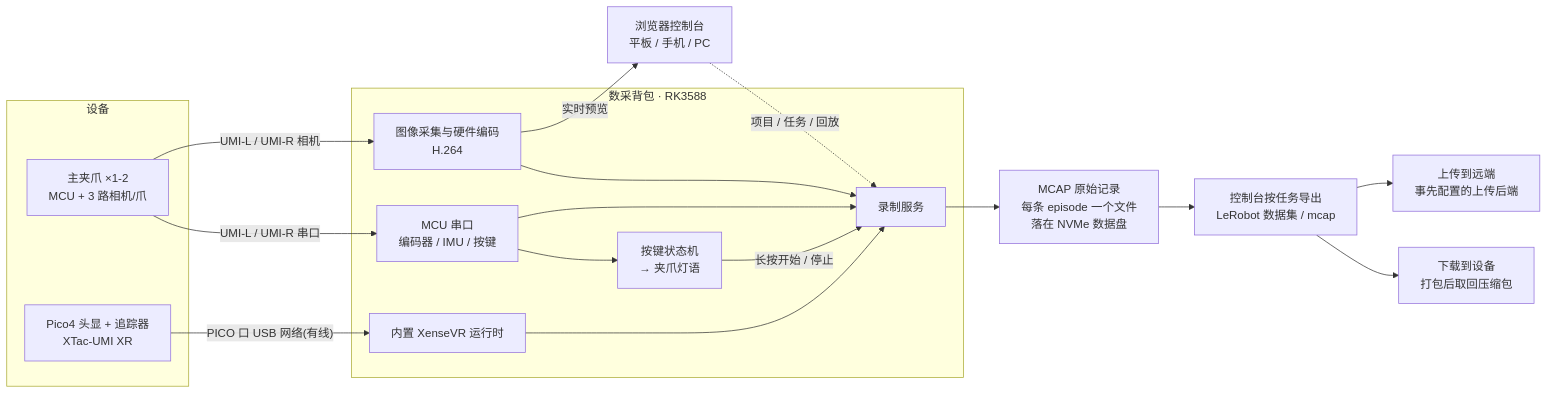
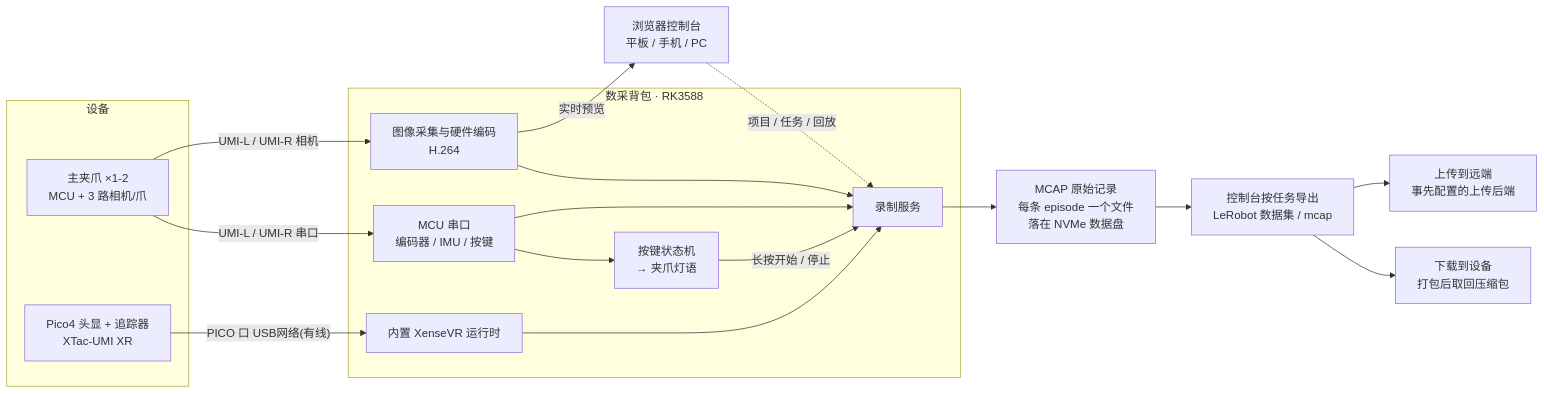
Before and after one commit to XenseRobotics-AI/XTac-UMI-G1-Docs: the first of 2 diagrams in docs/product/g1.md, drawn with Mermaid. The commit also changed other lines of this file and 11 other files, not shown here.

````diff
--- a/docs/product/g1.md
+++ b/docs/product/g1.md
@@ -33,28 +33,28 @@
 ```mermaid
 flowchart LR
     subgraph DEV["设备"]
         G["主夹爪 ×1-2<br/>MCU + 3 路相机/爪"]
         P["Pico4 头显 + 追踪器<br/>XTac-UMI XR"]
     end
     subgraph BP["数采背包 · RK3588"]
         MCU["MCU 串口<br/>编码器 / IMU / 按键"]
         KEY["按键状态机<br/>→ 夹爪灯语"]
         ENC["图像采集与硬件编码<br/>H.264"]
         VR["内置 XenseVR 运行时"]
         REC["录制服务"]
     end
     G -->|"UMI-L / UMI-R 串口"| MCU
     G -->|"UMI-L / UMI-R 相机"| ENC
-    P -->|"PICO 口 USB 网络(有线)"| VR
+    P -->|"PICO 口 USB网络(有线)"| VR
     MCU --> KEY
     KEY -->|"长按开始 / 停止"| REC
     MCU --> REC
     ENC --> REC
     VR --> REC
     ENC -->|"实时预览"| UI["浏览器控制台<br/>平板 / 手机 / PC"]
     UI -.->|"项目 / 任务 / 回放"| REC
     REC --> MCAP["MCAP 原始记录<br/>每条 episode 一个文件<br/>落在 NVMe 数据盘"]
     MCAP --> EXP["控制台按任务导出<br/>LeRobot 数据集 / mcap"]
     EXP --> DL["下载到设备<br/>打包后取回压缩包"]
     EXP --> LR["上传到远端<br/>事先配置的上传后端"]
 ```
````
